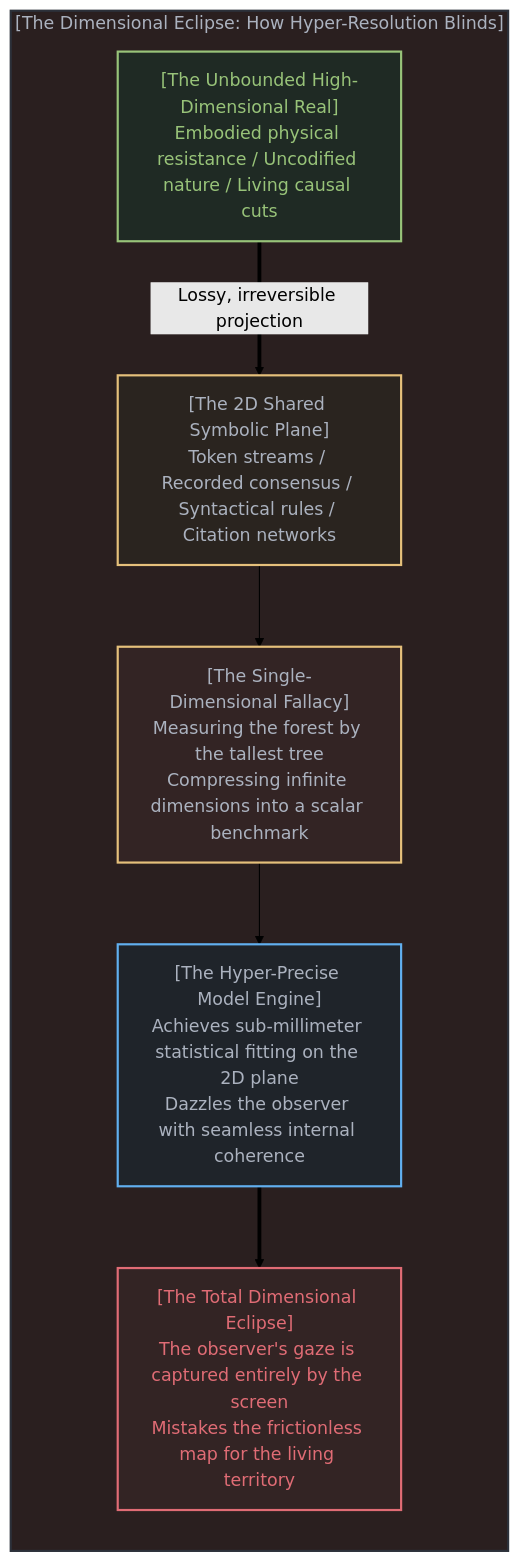
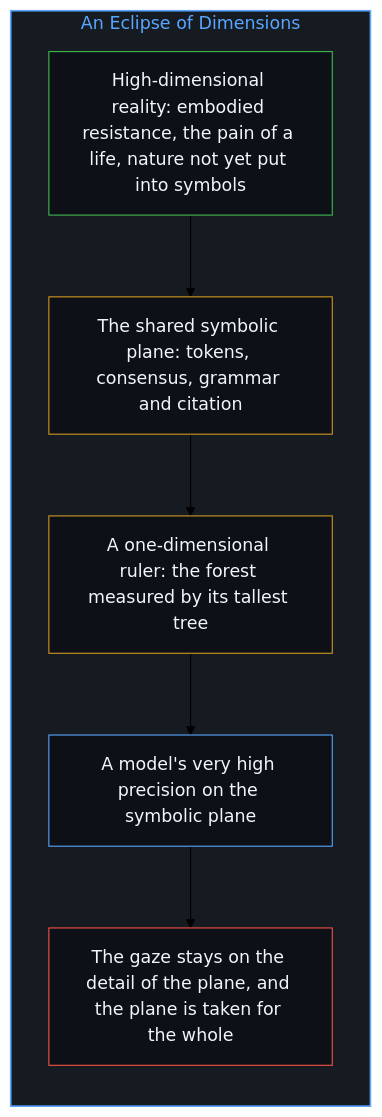
One commit to powerpig99/not-a-toe changed the sixth of 10 diagrams in content/posts/the-sovereign-blinding.md. Above: the diagram before and after it, drawn with Mermaid (forest theme). The commit also changed other lines of this file and 2 other files, not shown here.

Commit message:
Refine the-sovereign-blinding: alternating bilingual layout, five paired diagrams, the scholar unnamed in both languages, implicit first person

````diff
--- a/content/posts/the-sovereign-blinding.md
+++ b/content/posts/the-sovereign-blinding.md
@@ -239,27 +166,22 @@
 ```mermaid
-graph TD
-    subgraph DimensionalEclipseEN["[The Dimensional Eclipse: How Hyper-Resolution Blinds]"]
+flowchart TD
+    subgraph S_Eclipse["An Eclipse of Dimensions"]
         direction TB
-        HighDimRealityEN["[The Unbounded High-Dimensional Real]<br>Embodied physical resistance / Uncodified nature / Living causal cuts"]
-
-        LowDimProjectionEN["[The 2D Shared Symbolic Plane]<br>Token streams / Recorded consensus / Syntactical rules / Citation networks"]
-
-        TreeMetricEN["[The Single-Dimensional Fallacy]<br>Measuring the forest by the tallest tree<br>Compressing infinite dimensions into a scalar benchmark"]
-        
-        LLMPrecisionEN["[The Hyper-Precise Model Engine]<br>Achieves sub-millimeter statistical fitting on the 2D plane<br>Dazzles the observer with seamless internal coherence"]
-        
-        EclipseBlindnessEN["[The Total Dimensional Eclipse]<br>The observer's gaze is captured entirely by the screen<br>Mistakes the frictionless map for the living territory"]
-
-        HighDimRealityEN ==>|"Lossy, irreversible projection"| LowDimProjectionEN
-        LowDimProjectionEN --> TreeMetricEN
-        TreeMetricEN --> LLMPrecisionEN
-        LLMPrecisionEN ==> EclipseBlindnessEN
+        High["High-dimensional reality: embodied resistance, the pain of a life, nature not yet put into symbols"]
+        Plane["The shared symbolic plane: tokens, consensus, grammar and citation"]
+        Ruler["A one-dimensional ruler: the forest measured by its tallest tree"]
+        Precise["A model's very high precision on the symbolic plane"]
+        Covered["The gaze stays on the detail of the plane, and the plane is taken for the whole"]
+        High --> Plane
+        Plane --> Ruler
+        Ruler --> Precise
+        Precise --> Covered
     end
 
-    style DimensionalEclipseEN fill:#2a1f1f,stroke:#2c313a,stroke-width:2px,color:#abb2bf
-    style HighDimRealityEN fill:#1f2a24,stroke:#98c379,stroke-width:2px,color:#98c379
-    style LowDimProjectionEN fill:#2a241f,stroke:#e5c07b,stroke-width:2px,color:#abb2bf
-    style TreeMetricEN fill:#332424,stroke:#e5c07b,stroke-width:2px,color:#abb2bf
-    style LLMPrecisionEN fill:#1f242a,stroke:#61afef,stroke-width:2px,color:#abb2bf
-    style EclipseBlindnessEN fill:#332424,stroke:#e06c75,stroke-width:2px,color:#e06c75
+    style S_Eclipse fill:#161b22,stroke:#58a6ff,stroke-width:1.5px,color:#58a6ff
+    style High fill:#0d1117,stroke:#3fb950,stroke-width:1px,color:#f0f6fc
+    style Plane fill:#0d1117,stroke:#d29922,stroke-width:1px,color:#f0f6fc
+    style Ruler fill:#0d1117,stroke:#d29922,stroke-width:1px,color:#f0f6fc
+    style Precise fill:#0d1117,stroke:#58a6ff,stroke-width:1px,color:#f0f6fc
+    style Covered fill:#0d1117,stroke:#f85149,stroke-width:1px,color:#f0f6fc
 ```
````
